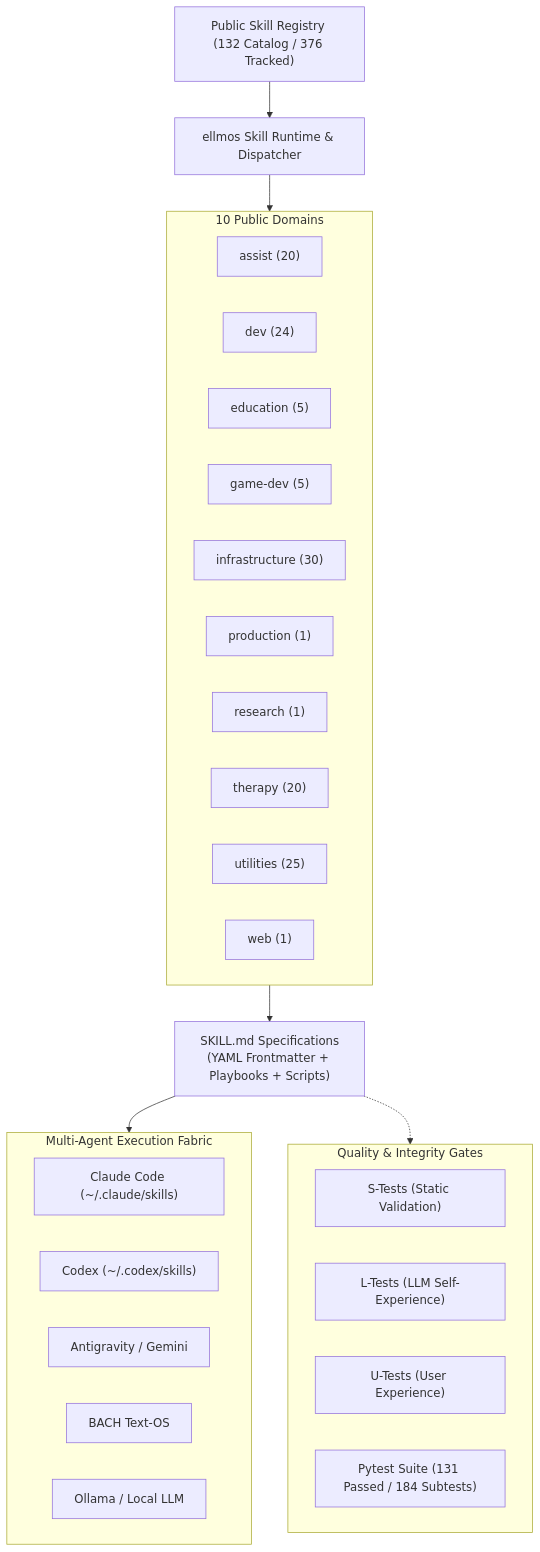
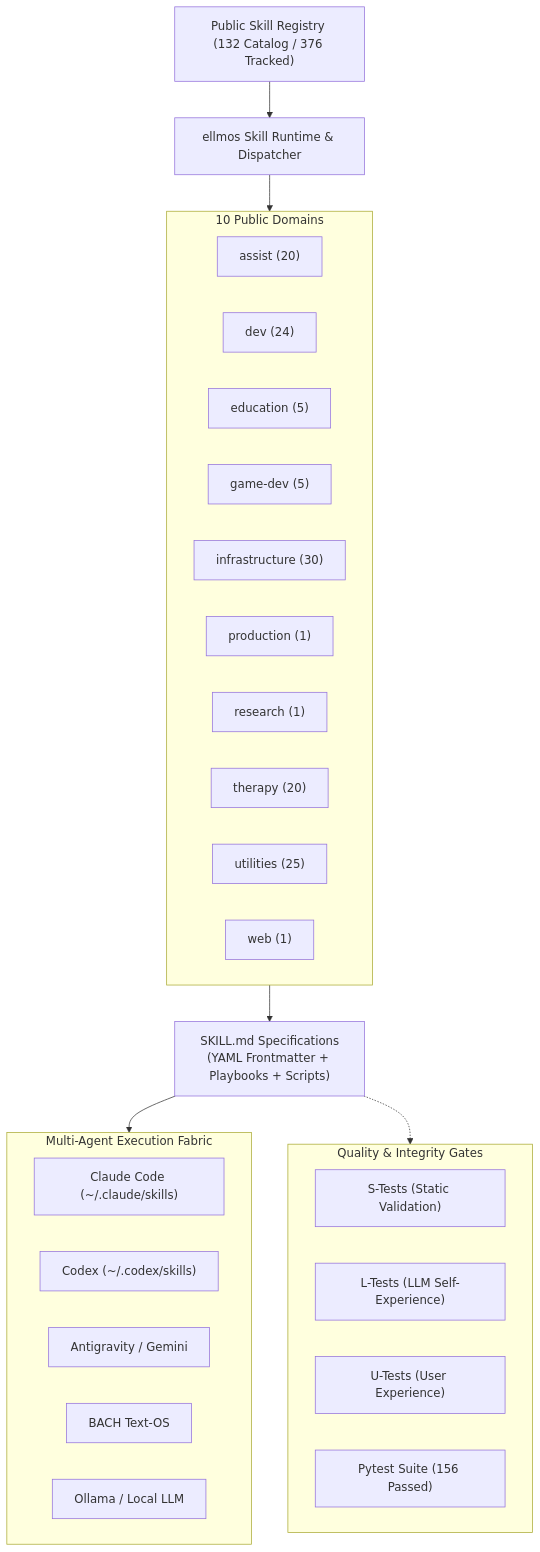
One commit to ellmos-ai/skills changed the first of 2 diagrams in README.md. Above: the diagram before and after it, drawn with Mermaid. The commit also changed other lines of this file and 44 other files, not shown here.

````diff
--- a/README.md
+++ b/README.md
@@ -45,39 +45,39 @@
 ```mermaid
 flowchart TD
     Registry["Public Skill Registry (132 Catalog / 376 Tracked)"] --> Engine["ellmos Skill Runtime & Dispatcher"]
     
     subgraph Catalog ["10 Public Domains"]
         Assist["assist (20)"]
         Dev["dev (24)"]
         Edu["education (5)"]
         Game["game-dev (5)"]
         Infra["infrastructure (30)"]
         Prod["production (1)"]
         Res["research (1)"]
         Therapy["therapy (20)"]
         Utils["utilities (25)"]
         Web["web (1)"]
     end
     
     Engine --> Catalog
     Catalog --> Artifacts["SKILL.md Specifications\n(YAML Frontmatter + Playbooks + Scripts)"]
     
     subgraph MultiAgentRuntimes ["Multi-Agent Execution Fabric"]
         ClaudeCode["Claude Code (~/.claude/skills)"]
         Codex["Codex (~/.codex/skills)"]
         AGY["Antigravity / Gemini"]
         BACH["BACH Text-OS"]
         LocalOllama["Ollama / Local LLM"]
     end
     
     Artifacts --> MultiAgentRuntimes
     
     subgraph QualityGates ["Quality & Integrity Gates"]
         STests["S-Tests (Static Validation)"]
         LTests["L-Tests (LLM Self-Experience)"]
         UTests["U-Tests (User Experience)"]
-        PytestSuite["Pytest Suite (131 Passed / 184 Subtests)"]
+        PytestSuite["Pytest Suite (156 Passed)"]
     end
     
     Artifacts -.-> QualityGates
 ```
````
